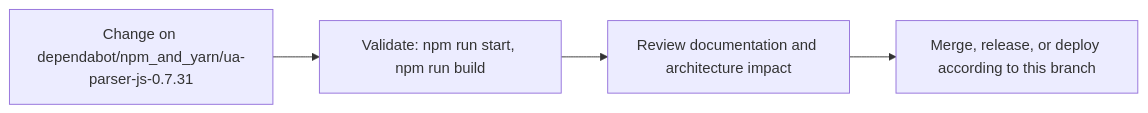
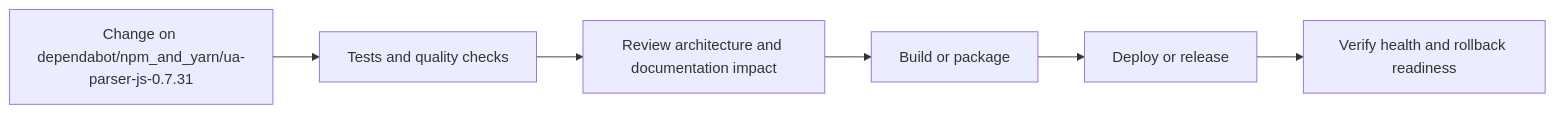
The fourth of 5 diagrams in README.md (Nischhalsubba/Personal-Website), drawn with Mermaid before and after one commit. The commit also changed other lines of this file, not shown here.

````diff
--- a/README.md
+++ b/README.md
@@ -62,8 +134,8 @@
 ```mermaid
 flowchart LR
-    CHANGE["Change on dependabot/npm_and_yarn/ua-parser-js-0.7.31"]
-    CHECK["Validate: npm run start, npm run build"]
-    REVIEW["Review documentation and architecture impact"]
-    RELEASE["Merge, release, or deploy according to this branch"]
-    CHANGE --> CHECK --> REVIEW --> RELEASE
+    CHANGE["Change on dependabot/npm_and_yarn/ua-parser-js-0.7.31"] --> CHECK["Tests and quality checks"]
+    CHECK --> REVIEW["Review architecture and documentation impact"]
+    REVIEW --> BUILD["Build or package"]
+    BUILD --> DEPLOY["Deploy or release"]
+    DEPLOY --> VERIFY["Verify health and rollback readiness"]
 ```
````
